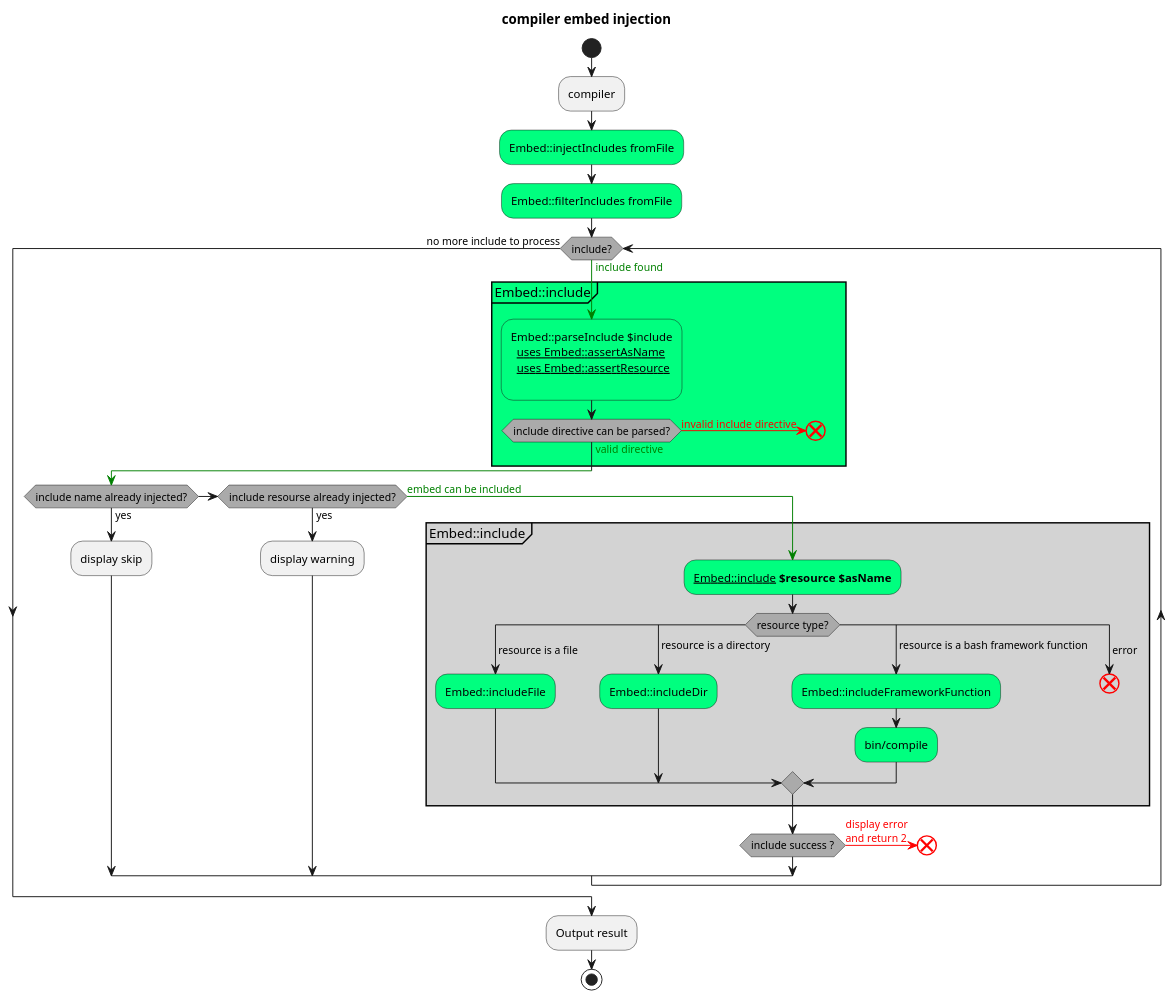
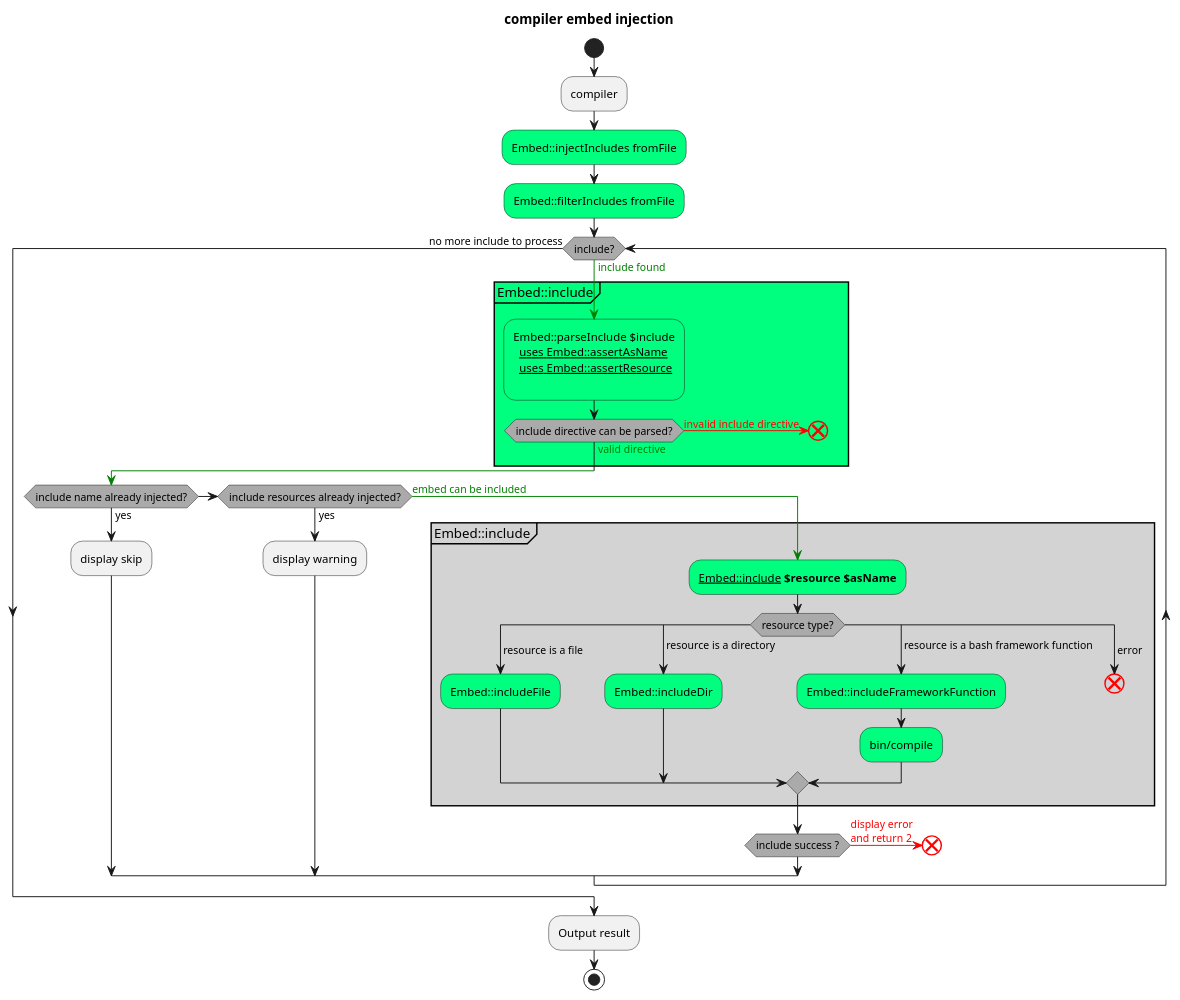
One commit to fchastanet/bash-tools-framework changed the diagram in src/Embed/activityDiagram.puml. Above: the diagram before and after it, drawn with PlantUML. The commit also changed 24 other files, not shown here.

```diff
--- a/src/Embed/activityDiagram.puml
+++ b/src/Embed/activityDiagram.puml
@@ -1,66 +1,66 @@
 @startuml
 title compiler embed injection
 skinparam {
   ' https://github.com/plantuml/plantuml/blob/49115dfc7d4156961e5b49a81c09b474daa79823/src/net/sourceforge/plantuml/style/FromSkinparamToStyle.java#L145
   activityDiamondBackgroundColor #AAAAAA
   activityEndColor #red
 }
 start
 
 :compiler;
 
 #SpringGreen:Embed::injectIncludes fromFile;
 
 #SpringGreen:Embed::filterIncludes fromFile;
 while (include?) is (<color:green>include found)
   -[#green]->
   partition Embed::include #SpringGreen {
     #SpringGreen:Embed::parseInclude $include
       ~~uses Embed::assertAsName~~
       ~~uses Embed::assertResource~~
     ;
     if (include directive can be parsed?) is (<color:green>valid directive) then
       -[#green]->
     else (<color:red>invalid include directive)
       -[#red]->
       end
     endif
     -[#green]->
   }
 
   if (include name already injected?) then (yes)
     :display skip;
-  elseif (include resourse already injected?) then (yes)
+  elseif (include resources already injected?) then (yes)
     :display warning;
   else (<color:green>embed can be included)
     -[#green]->
     partition Embed::include #LightGray {
       #SpringGreen:__Embed::include__ **$resource** **$asName**;
       switch (resource type?)
       case ( resource is a file )
         #SpringGreen:Embed::includeFile;
       case ( resource is a directory )
         #SpringGreen:Embed::includeDir;
       case ( resource is a bash framework function )
         #SpringGreen:Embed::includeFrameworkFunction;
         #SpringGreen:bin/compile;
       case ( error )
         -[#red]->
         end
       endswitch
     }
     if (include success ?) then
       -[#green]->
     else
       -[#red]-> <color:red>display error\n<color:red>and return 2;
       end
     endif
     -[#green]->
   endif
 
 endwhile (no more include to process)
 
 :Output result;
 
 stop
 @enduml
```
